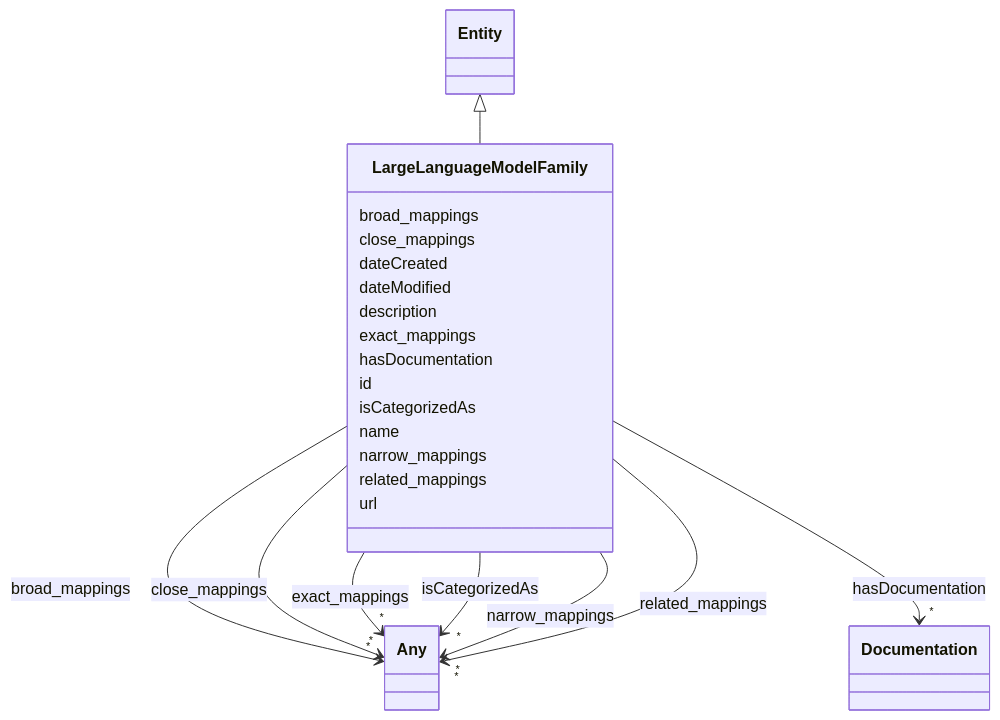
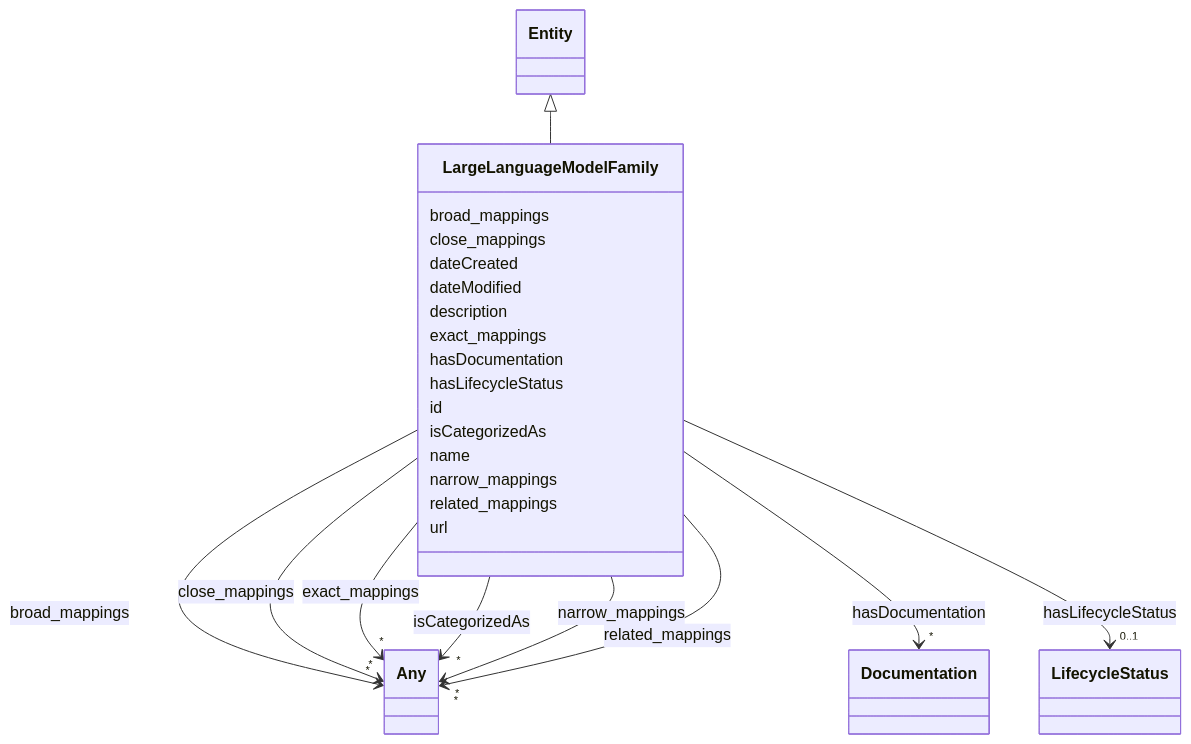
The diagram in docs/ontology/LargeLanguageModelFamily.md (ingelise/risk-atlas-nexus), drawn with Mermaid before and after one commit. The commit also changed other lines of this file and 206 other files, not shown here.

```diff
--- a/docs/ontology/LargeLanguageModelFamily.md
+++ b/docs/ontology/LargeLanguageModelFamily.md
@@ -68,6 +68,17 @@
 
 
 
+      LargeLanguageModelFamily : hasLifecycleStatus
+
+
+
+
+
+        LargeLanguageModelFamily --> "0..1" LifecycleStatus : hasLifecycleStatus
+        click LifecycleStatus href "../LifecycleStatus/"
+
+
+
       LargeLanguageModelFamily : id
 
       LargeLanguageModelFamily : isCategorizedAs
```
